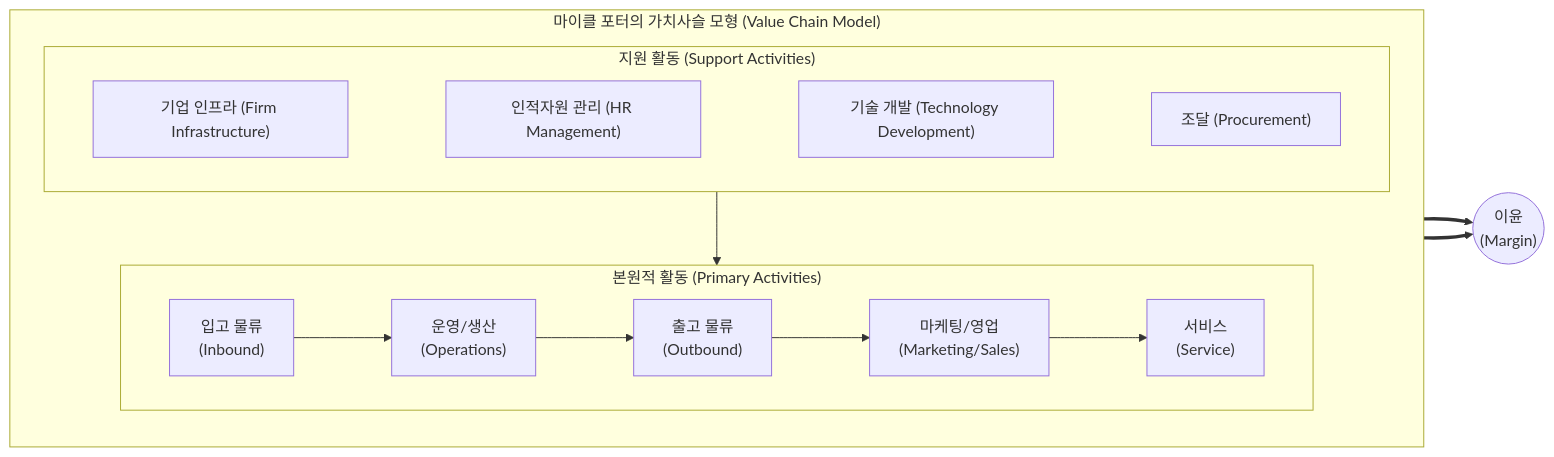
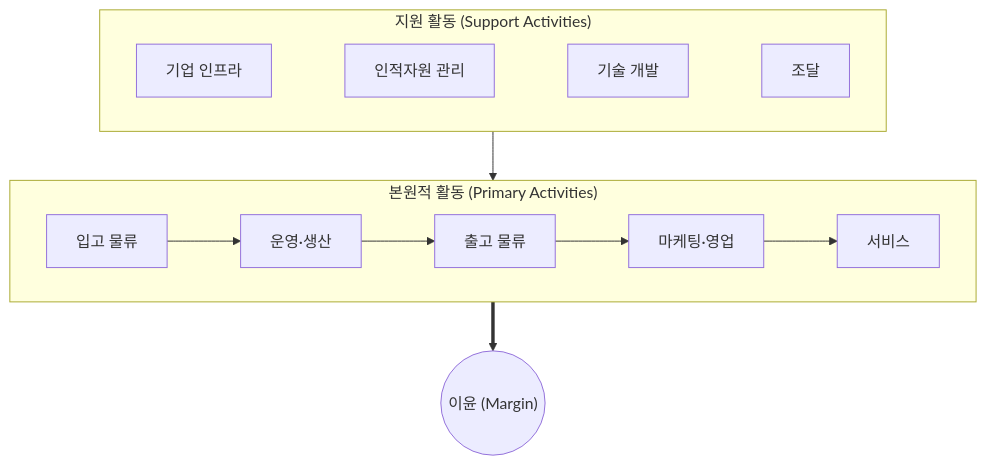
One commit to supremethumb/supremethumb.github.io changed the diagram in content/01_IT Tech/가치사슬.md. Above: the diagram before and after it, drawn with Mermaid. The commit also changed other lines of this file and 1087 other files, not shown here.

````diff
--- a/content/01_IT Tech/가치사슬.md
+++ b/content/01_IT Tech/가치사슬.md
@@ -20,27 +34,13 @@
 ```mermaid
-flowchart LR
-    subgraph Value_Chain_Model["마이클 포터의 가치사슬 모형 (Value Chain Model)"]
-        direction TB
-        
-        subgraph Support_Activities["지원 활동 (Support Activities)"]
-            direction LR
-            FI["기업 인프라 (Firm Infrastructure)"]
-            HR["인적자원 관리 (HR Management)"]
-            TD["기술 개발 (Technology Development)"]
-            PR["조달 (Procurement)"]
-            
-            FI ~~~ HR ~~~ TD ~~~ PR
-        end
-        
-        subgraph Primary_Activities["본원적 활동 (Primary Activities)"]
-            direction LR
-            IL["입고 물류<br/>(Inbound)"] --> OP["운영/생산<br/>(Operations)"] --> OL["출고 물류<br/>(Outbound)"] --> MS["마케팅/영업<br/>(Marketing/Sales)"] --> SV["서비스<br/>(Service)"]
-        end
-        
-        Support_Activities --> Primary_Activities
+flowchart TB
+    subgraph S["지원 활동 (Support Activities)"]
+        direction LR
+        FI["기업 인프라"] ~~~ HR["인적자원 관리"] ~~~ TD["기술 개발"] ~~~ PR["조달"]
     end
-    
-    Margin(("이윤<br/>(Margin)"))
-    Primary_Activities ==> Margin
-    Support_Activities ==> Margin
+    subgraph P["본원적 활동 (Primary Activities)"]
+        direction LR
+        IL["입고 물류"] --> OP["운영·생산"] --> OL["출고 물류"] --> MS["마케팅·영업"] --> SV["서비스"]
+    end
+    S --> P
+    P ==> M(("이윤 (Margin)"))
 ```
````
